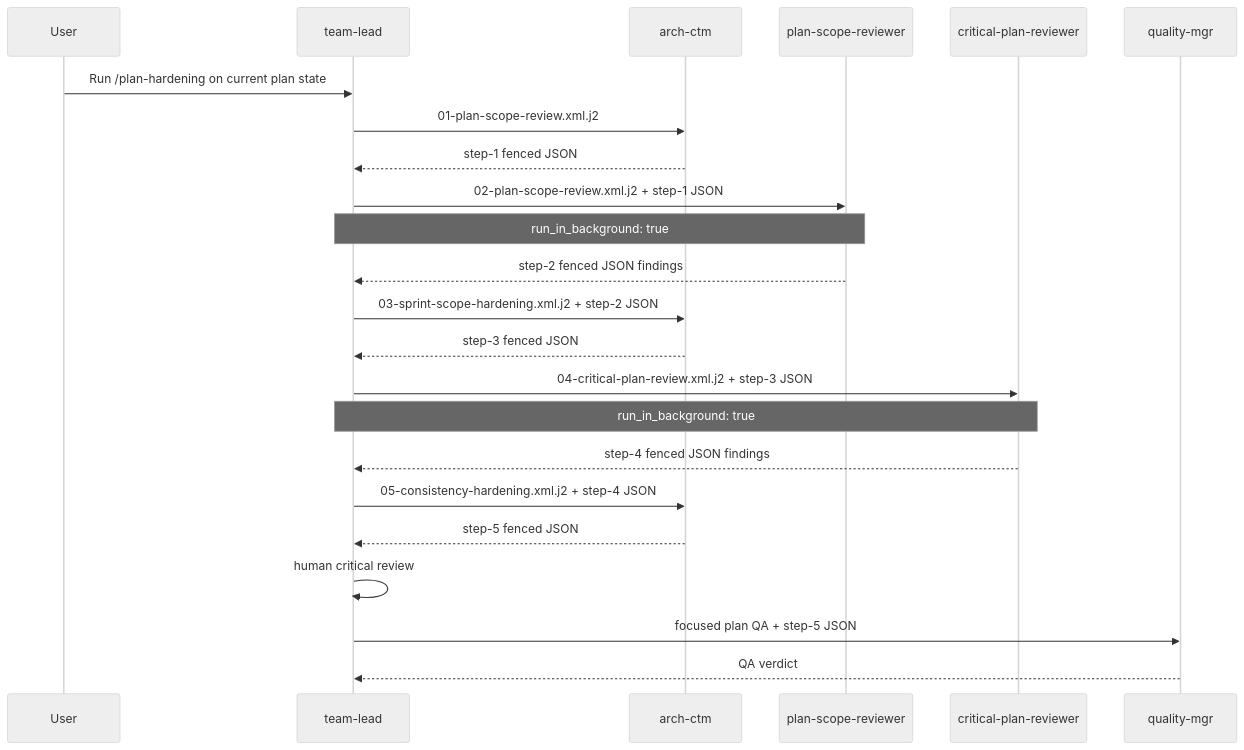
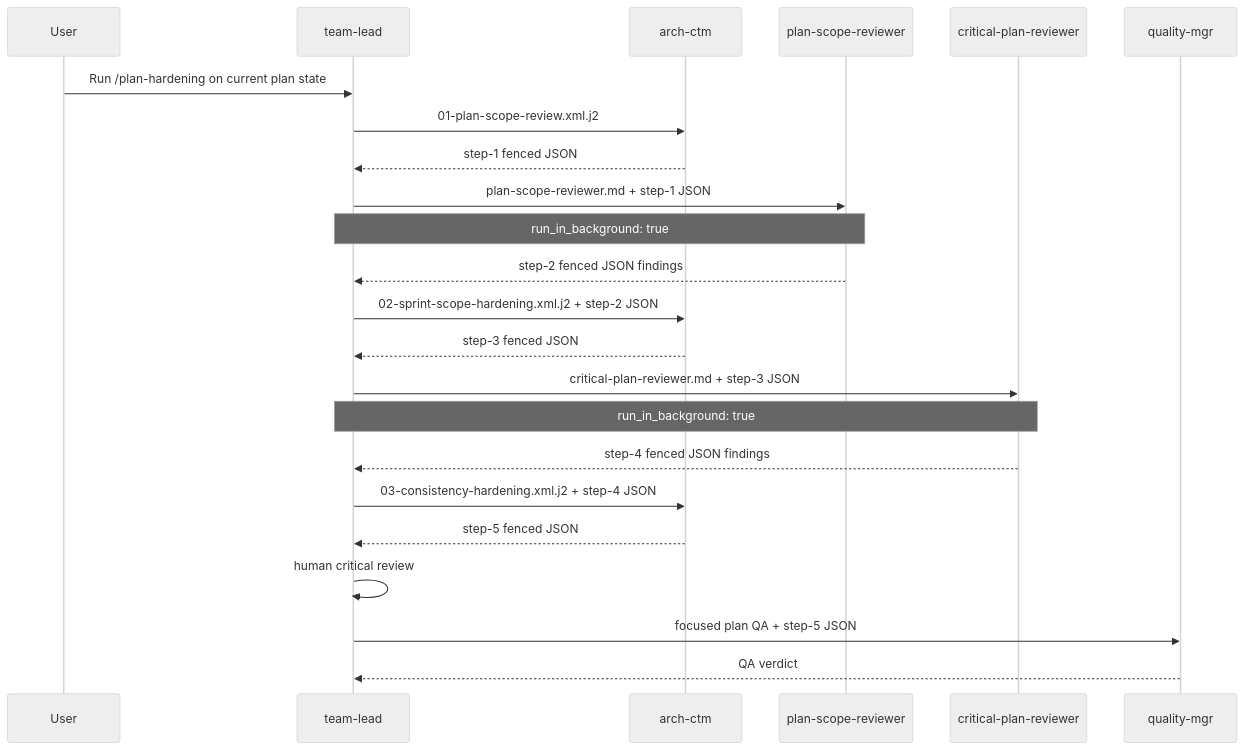
The first of 2 diagrams in .claude/skills/plan-hardening/plan-hardening-state-machine.md (randlee/atm-core), drawn with Mermaid (neutral theme) before and after one commit. The commit also changed other lines of this file and 6 other files, not shown here.

Commit message:
prompts: simplify plan-hardening reviewer flow

````diff
--- a/.claude/skills/plan-hardening/plan-hardening-state-machine.md
+++ b/.claude/skills/plan-hardening/plan-hardening-state-machine.md
@@ -10,32 +10,32 @@
 ```mermaid
 sequenceDiagram
     participant U as User
     participant TL as team-lead
     participant A as arch-ctm
     participant PSR as plan-scope-reviewer
     participant CPR as critical-plan-reviewer
     participant QM as quality-mgr
 
     U->>TL: Run /plan-hardening on current plan state
 
     TL->>A: 01-plan-scope-review.xml.j2
     A-->>TL: step-1 fenced JSON
 
-    TL->>PSR: 02-plan-scope-review.xml.j2 + step-1 JSON
+    TL->>PSR: plan-scope-reviewer.md + step-1 JSON
     Note over TL,PSR: run_in_background: true
     PSR-->>TL: step-2 fenced JSON findings
 
-    TL->>A: 03-sprint-scope-hardening.xml.j2 + step-2 JSON
+    TL->>A: 02-sprint-scope-hardening.xml.j2 + step-2 JSON
     A-->>TL: step-3 fenced JSON
 
-    TL->>CPR: 04-critical-plan-review.xml.j2 + step-3 JSON
+    TL->>CPR: critical-plan-reviewer.md + step-3 JSON
     Note over TL,CPR: run_in_background: true
     CPR-->>TL: step-4 fenced JSON findings
 
-    TL->>A: 05-consistency-hardening.xml.j2 + step-4 JSON
+    TL->>A: 03-consistency-hardening.xml.j2 + step-4 JSON
     A-->>TL: step-5 fenced JSON
 
     TL->>TL: human critical review
     TL->>QM: focused plan QA + step-5 JSON
     QM-->>TL: QA verdict
 ```
````
